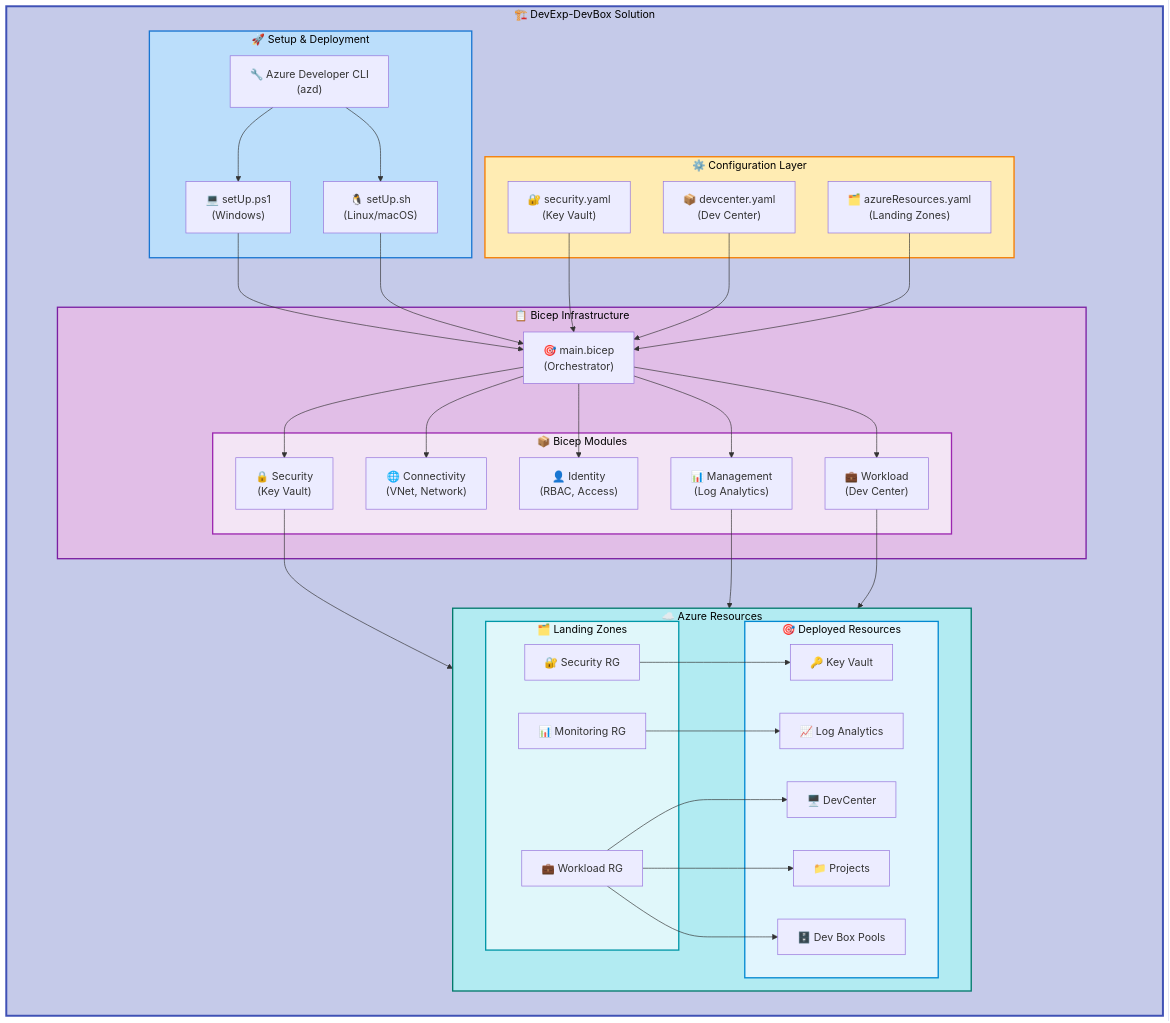
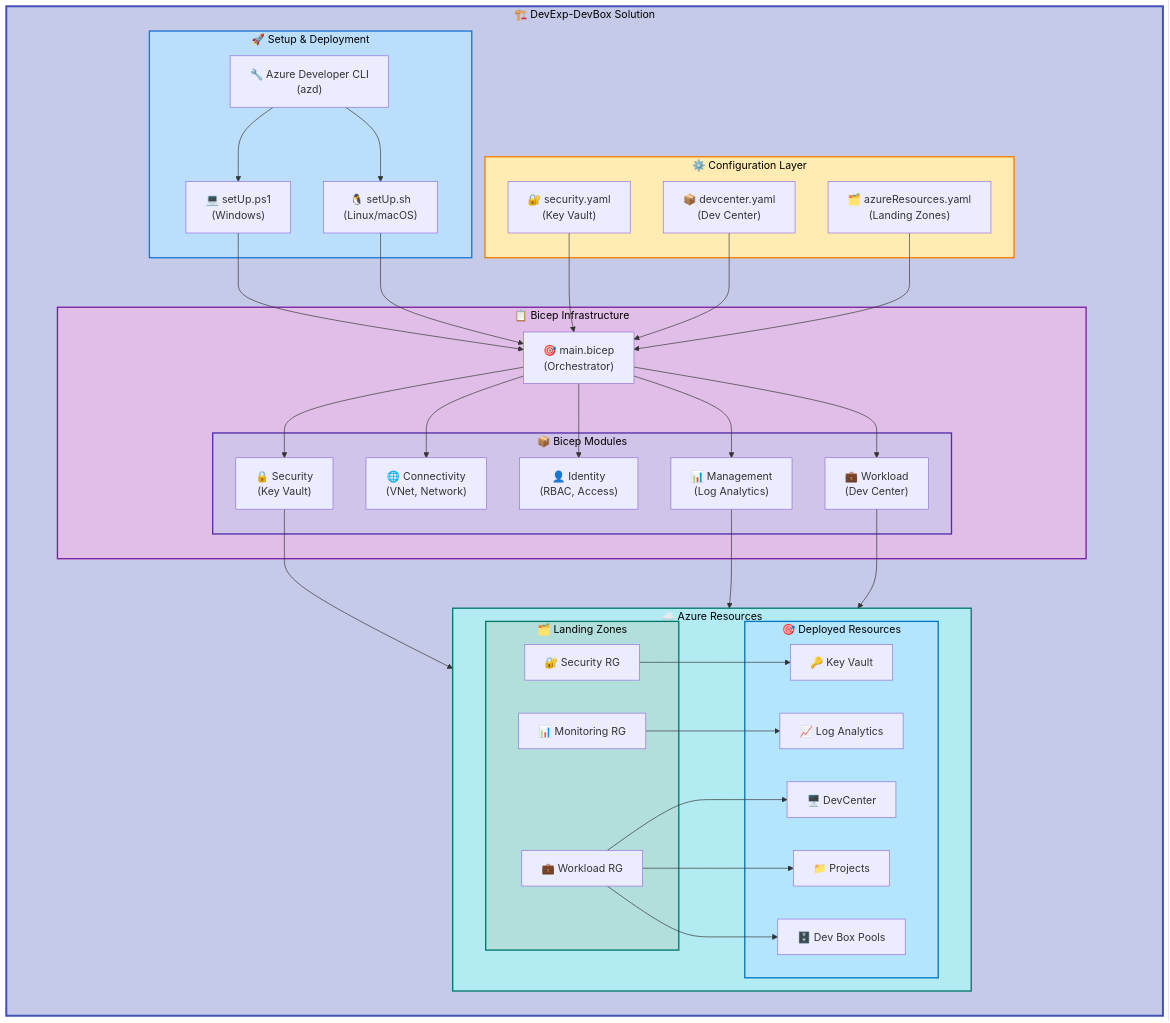
One commit to Evilazaro/DevExp-DevBox changed the diagram in README.md. Above: the diagram before and after it, drawn with Mermaid.

Commit message:
Refine architecture diagram in README.md with enhanced color semantics and improved descriptions for clarity

````diff
--- a/README.md
+++ b/README.md
@@ -146,6 +146,7 @@
     %% Main container - Indigo 100 (hierarchical level 1)
     style main fill:#C5CAE9,stroke:#3F51B5,stroke-width:3px,color:#000
 
+    %% Level 2: Functional siblings with distinct semantic colors
     %% Setup & Deployment - Blue 100 (semantic: deployment/tooling)
     style setup fill:#BBDEFB,stroke:#1976D2,stroke-width:2px,color:#000
 
@@ -155,23 +156,27 @@
     %% Bicep Infrastructure - Purple 100 (semantic: infrastructure-as-code)
     style infra fill:#E1BEE7,stroke:#7B1FA2,stroke-width:2px,color:#000
 
-    %% Bicep Modules - Purple 50 (hierarchical level 3)
-    style modules fill:#F3E5F5,stroke:#9C27B0,stroke-width:2px,color:#000
-
     %% Azure Resources - Cyan 100 (semantic: cloud resources)
     style azure fill:#B2EBF2,stroke:#00796B,stroke-width:2px,color:#000
 
-    %% Landing Zones - Cyan 50 (hierarchical level 3)
-    style azLz fill:#E0F7FA,stroke:#0097A7,stroke-width:2px,color:#000
+    %% Level 3: Nested subgraphs (distinct 100-level colors)
+    %% Bicep Modules - Deep Purple 100 (nested under Bicep Infrastructure)
+    style modules fill:#D1C4E9,stroke:#512DA8,stroke-width:2px,color:#000
 
-    %% Deployed Resources - Light Blue 50 (hierarchical level 3)
-    style azRes fill:#E1F5FE,stroke:#0288D1,stroke-width:2px,color:#000
+    %% Landing Zones - Teal 100 (nested under Azure Resources)
+    style azLz fill:#B2DFDB,stroke:#00796B,stroke-width:2px,color:#000
+
+    %% Deployed Resources - Light Blue 100 (nested under Azure Resources)
+    style azRes fill:#B3E5FC,stroke:#0277BD,stroke-width:2px,color:#000
 
     %% Color Documentation Block
-    %% Material Design 100-level palette (WCAG AA compliant)
+    %% Material Design 100-level palette (WCAG AA compliant - 4.5:1 contrast ratio)
+    %% Indigo 100 (#C5CAE9): Main container (hierarchical level 1)
     %% Blue 100 (#BBDEFB): Deployment tools and automation
     %% Amber 100 (#FFECB3): Configuration and settings
     %% Purple 100 (#E1BEE7): Infrastructure-as-code templates
     %% Cyan 100 (#B2EBF2): Cloud resources and services
-    %% Indigo 100 (#C5CAE9): Main container hierarchy
+    %% Deep Purple 100 (#D1C4E9): Bicep modules (nested)
+    %% Teal 100 (#B2DFDB): Landing zones (nested)
+    %% Light Blue 100 (#B3E5FC): Deployed resources (nested)
 ```
````
